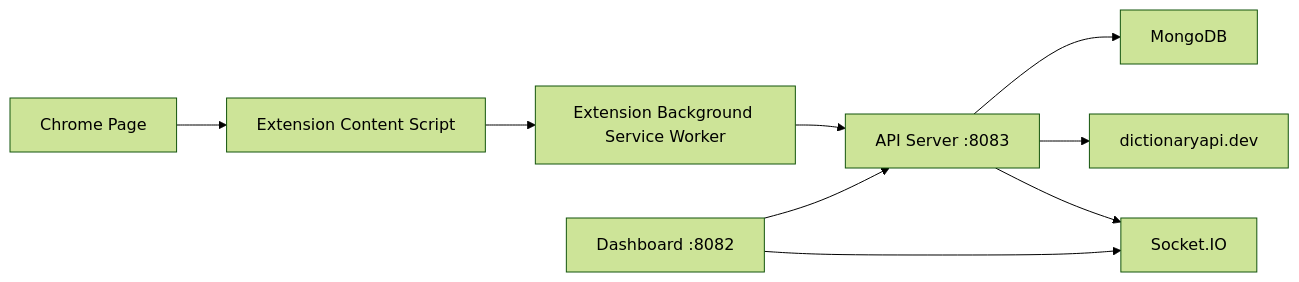
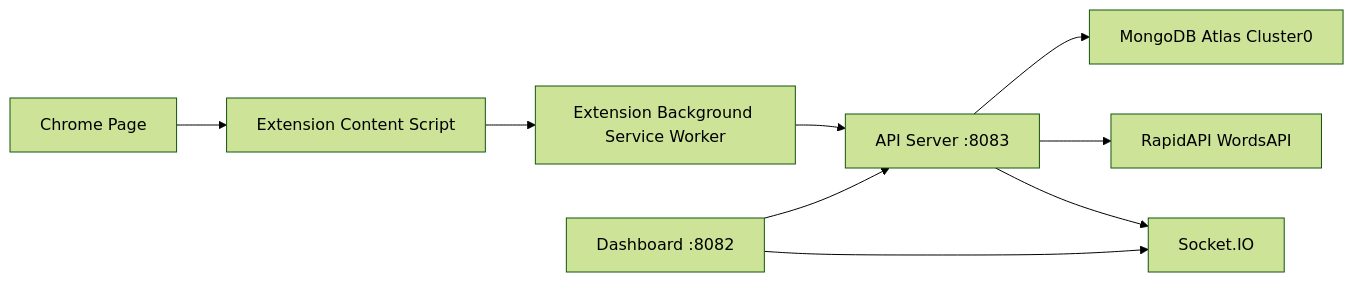
Before and after one commit to binhphuong-ab/learn-react: the diagram in Chrome Extension Build/Learn English/system-detail.md, drawn with Mermaid (forest theme). The commit also changed other lines of this file and 64 other files, not shown here.

````diff
--- a/Chrome Extension Build/Learn English/system-detail.md
+++ b/Chrome Extension Build/Learn English/system-detail.md
@@ -26,11 +26,11 @@
 ```mermaid
 flowchart LR
   A["Chrome Page"] --> B["Extension Content Script"]
   B --> C["Extension Background Service Worker"]
   C --> D["API Server :8083"]
-  D --> E["MongoDB"]
-  D --> F["dictionaryapi.dev"]
+  D --> E["MongoDB Atlas Cluster0"]
+  D --> F["RapidAPI WordsAPI"]
   D --> G["Socket.IO"]
   H["Dashboard :8082"] --> D
   H --> G
 ```
````
